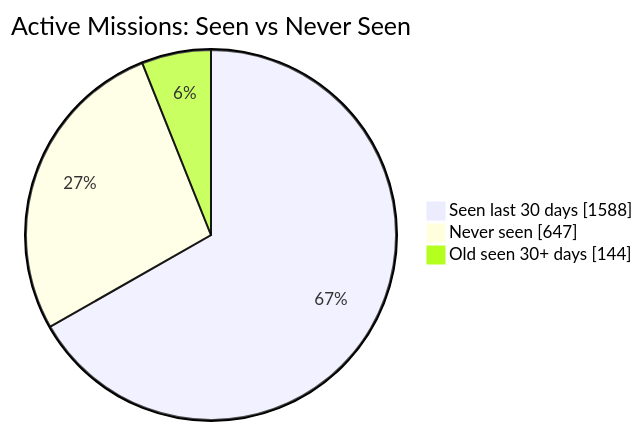
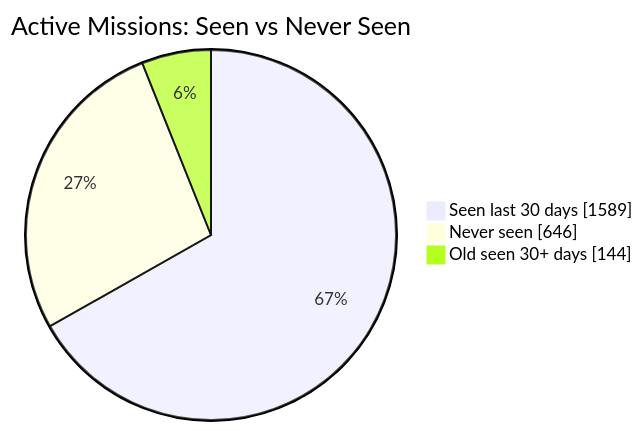
Before and after one commit to MeldkamerspelGameTeam/active-missions: the first of 2 diagrams in README.md, drawn with Mermaid. The commit also changed other lines of this file and 2 other files, not shown here.

````diff
--- a/README.md
+++ b/README.md
@@ -34,7 +34,7 @@
 ```mermaid
 pie showData
     title Active Missions: Seen vs Never Seen
-    "Seen last 30 days" : 1588
-    "Never seen" : 647
+    "Seen last 30 days" : 1589
+    "Never seen" : 646
     "Old seen 30+ days" : 144
 ```
````
